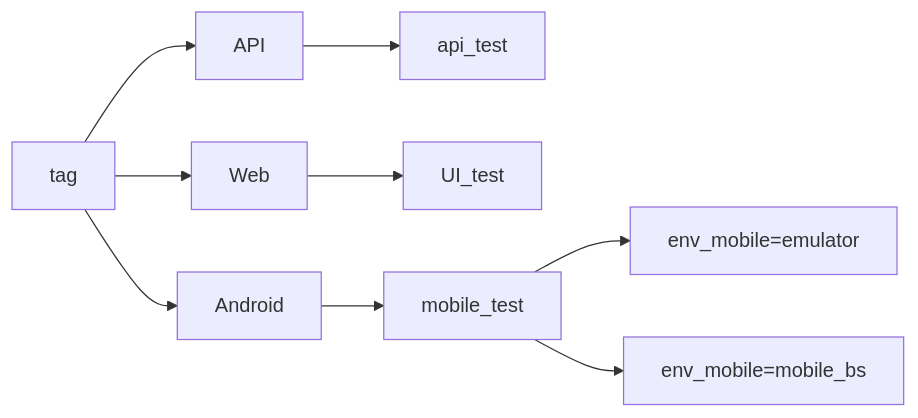
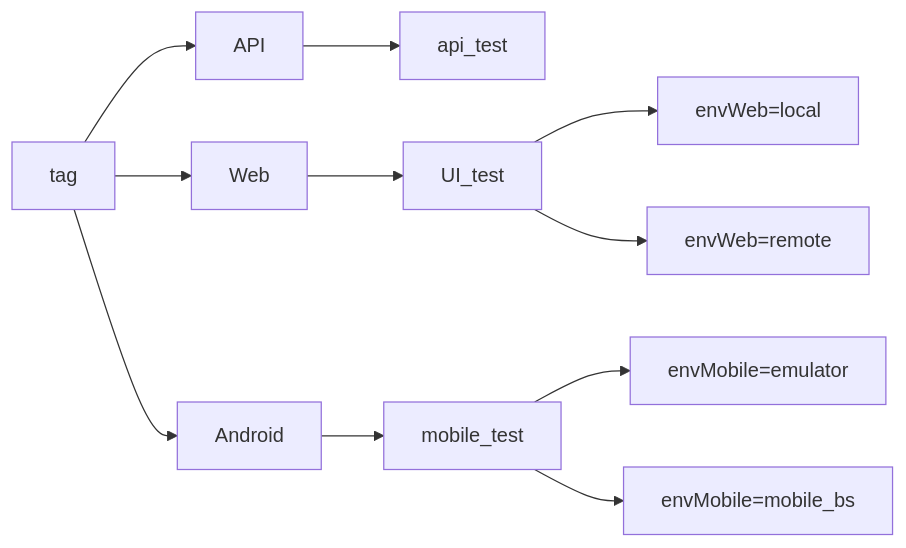
One commit to JennyNdbn/webinar-tests-final-project changed the diagram in README.md. Above: the diagram before and after it, drawn with Mermaid. The commit also changed other lines of this file and 4 other files, not shown here.

````diff
--- a/README.md
+++ b/README.md
@@ -166,11 +166,13 @@
 ```mermaid
 graph LR
 A[tag] --> B[API]
 A --> C[Web]
 A --> D[Android]
 B --> K[api_test]
 C --> E[UI_test]
 D --> G[mobile_test]
-G --> H[env_mobile=emulator]
-G --> F[env_mobile=mobile_bs]
+G --> H[envMobile=emulator]
+G --> F[envMobile=mobile_bs]
+E --> I[envWeb=local]
+E --> J[envWeb=remote]
 ```
````
